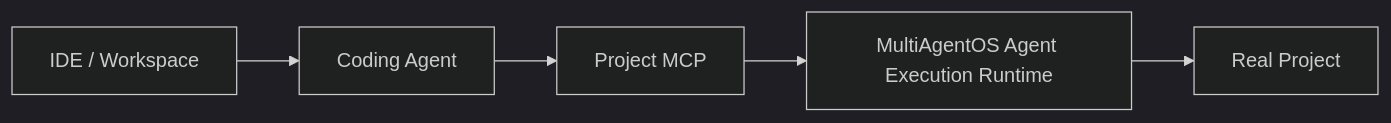
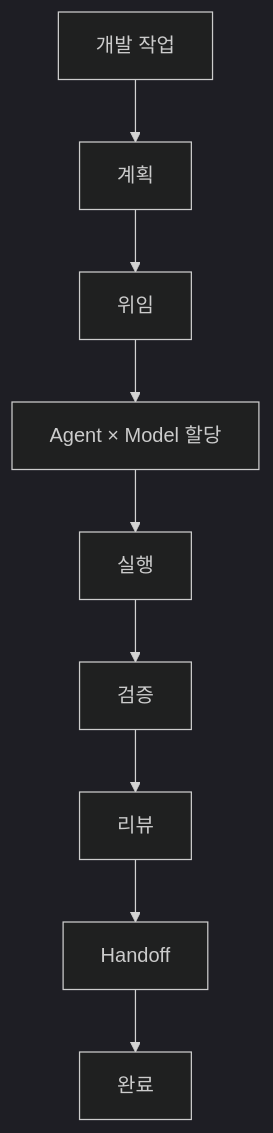
One commit to eaglesjo/MultiAgentOS changed the first of 7 diagrams in README.ko.md. Above: the diagram before and after it, drawn with Mermaid (dark theme). The commit also changed other lines of this file, not shown here.

````diff
--- a/README.ko.md
+++ b/README.ko.md
@@ -28,7 +20,11 @@
-```mermaid
-flowchart LR
-    IDE["IDE / Workspace"] --> AGENT["Coding Agent"]
-    AGENT --> MCP["Project MCP"]
-    MCP --> RUNTIME["MultiAgentOS Agent Execution Runtime"]
-    RUNTIME --> PROJECT["Real Project"]
-```
+~~~mermaid
+flowchart TB
+    TASK["개발 작업"] --> PLAN["계획"]
+    PLAN --> DELEGATE["위임"]
+    DELEGATE --> ASSIGN["Agent × Model 할당"]
+    ASSIGN --> EXEC["실행"]
+    EXEC --> VERIFY["검증"]
+    VERIFY --> REVIEW["리뷰"]
+    REVIEW --> HANDOFF["Handoff"]
+    HANDOFF --> DONE["완료"]
+~~~
````
